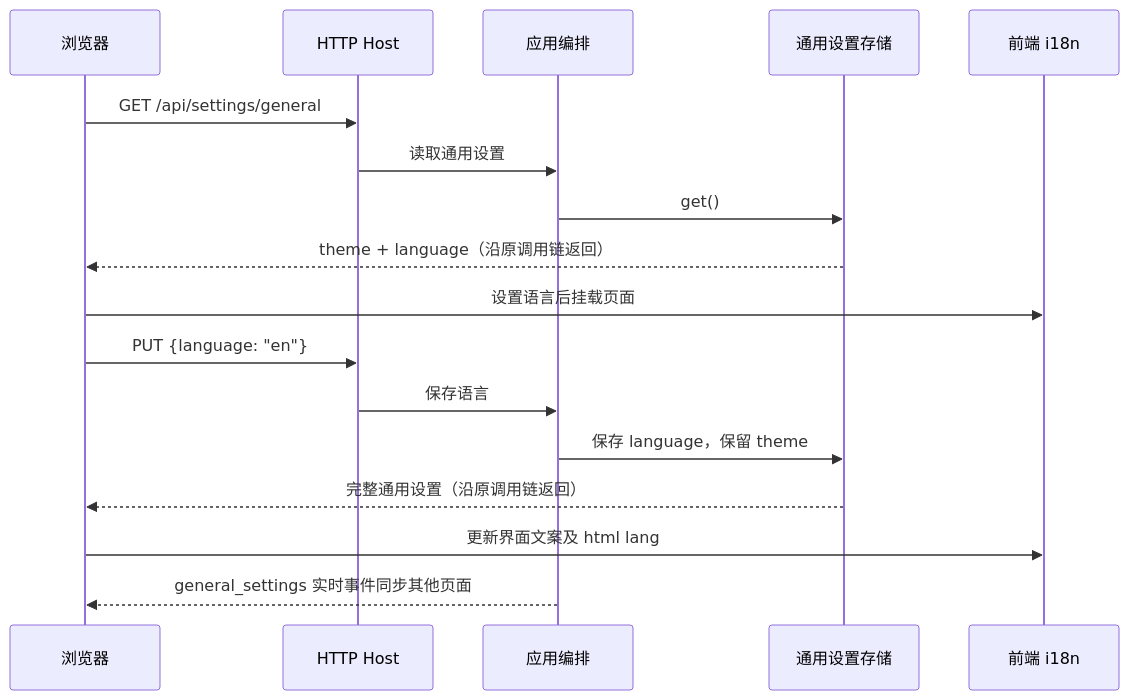
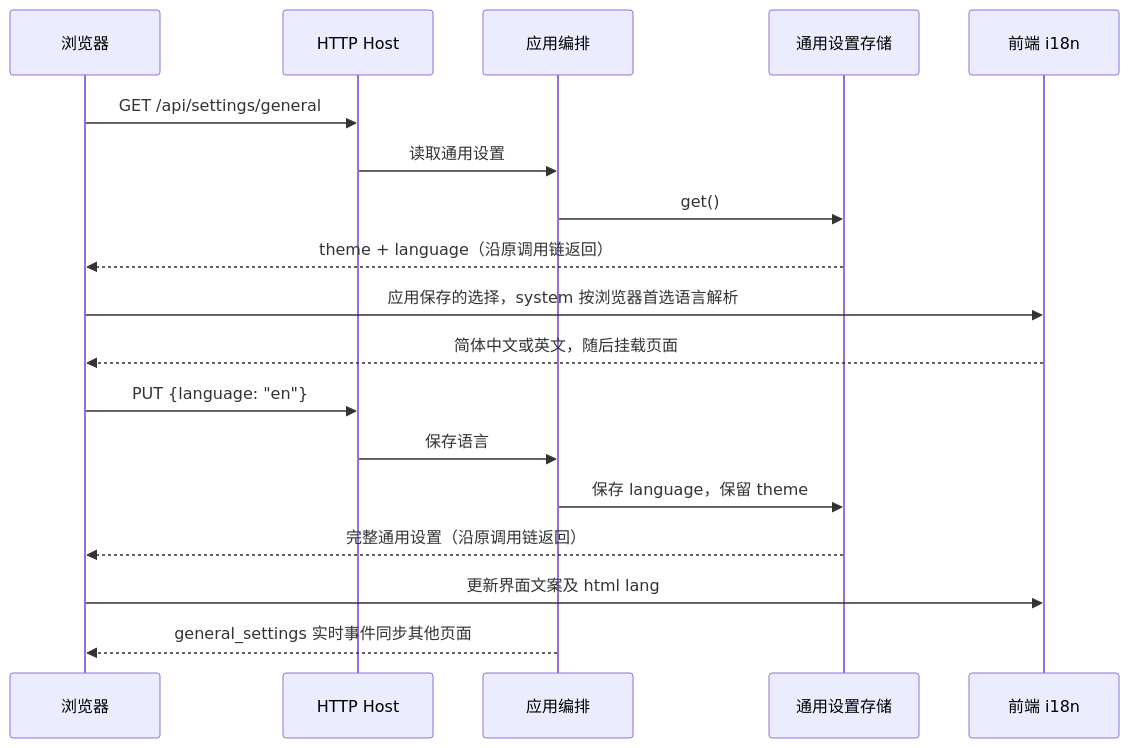
The second of 2 diagrams in docs/i18n.md (Lykr/pictide), drawn with Mermaid before and after one commit. The commit also changed other lines of this file, not shown here.

Commit message:
Default interface language to system with English fallback

````diff
--- a/docs/i18n.md
+++ b/docs/i18n.md
@@ -28,19 +29,20 @@
 ```mermaid
 sequenceDiagram
     participant UI as 浏览器
     participant Host as HTTP Host
     participant App as 应用编排
     participant Store as 通用设置存储
     participant I18n as 前端 i18n
     UI->>Host: GET /api/settings/general
     Host->>App: 读取通用设置
     App->>Store: get()
     Store-->>UI: theme + language（沿原调用链返回）
-    UI->>I18n: 设置语言后挂载页面
+    UI->>I18n: 应用保存的选择，system 按浏览器首选语言解析
+    I18n-->>UI: 简体中文或英文，随后挂载页面
     UI->>Host: PUT {language: "en"}
     Host->>App: 保存语言
     App->>Store: 保存 language，保留 theme
     Store-->>UI: 完整通用设置（沿原调用链返回）
     UI->>I18n: 更新界面文案及 html lang
     App-->>UI: general_settings 实时事件同步其他页面
 ```
````
